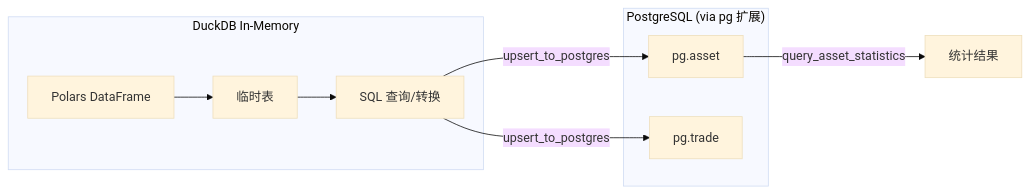
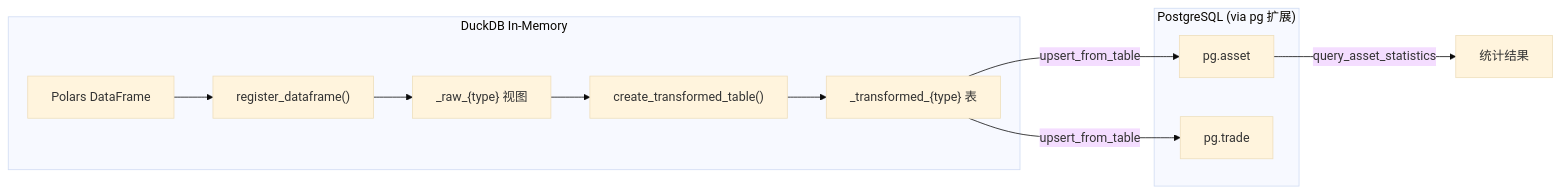
The sixth of 8 diagrams in doc/architecture.md (zhj0513/small_etl), drawn with Mermaid (base theme) before and after one commit. The commit also changed other lines of this file and 3 other files, not shown here.

````diff
--- a/doc/architecture.md
+++ b/doc/architecture.md
@@ -845,16 +857,18 @@
 ```mermaid
 flowchart LR
     subgraph DuckDB["DuckDB In-Memory"]
-        DF["Polars DataFrame"] --> TempTable["临时表"]
-        TempTable --> Query["SQL 查询/转换"]
+        DF["Polars DataFrame"] --> Register["register_dataframe()"]
+        Register --> View["_raw_{type} 视图"]
+        View --> Transform["create_transformed_table()"]
+        Transform --> Table["_transformed_{type} 表"]
     end
 
     subgraph PG["PostgreSQL (via pg 扩展)"]
         Asset["pg.asset"]
         Trade["pg.trade"]
     end
 
-    Query --> |upsert_to_postgres| Asset
-    Query --> |upsert_to_postgres| Trade
+    Table --> |upsert_from_table| Asset
+    Table --> |upsert_from_table| Trade
     Asset --> |query_asset_statistics| Stats["统计结果"]
 ```
````
